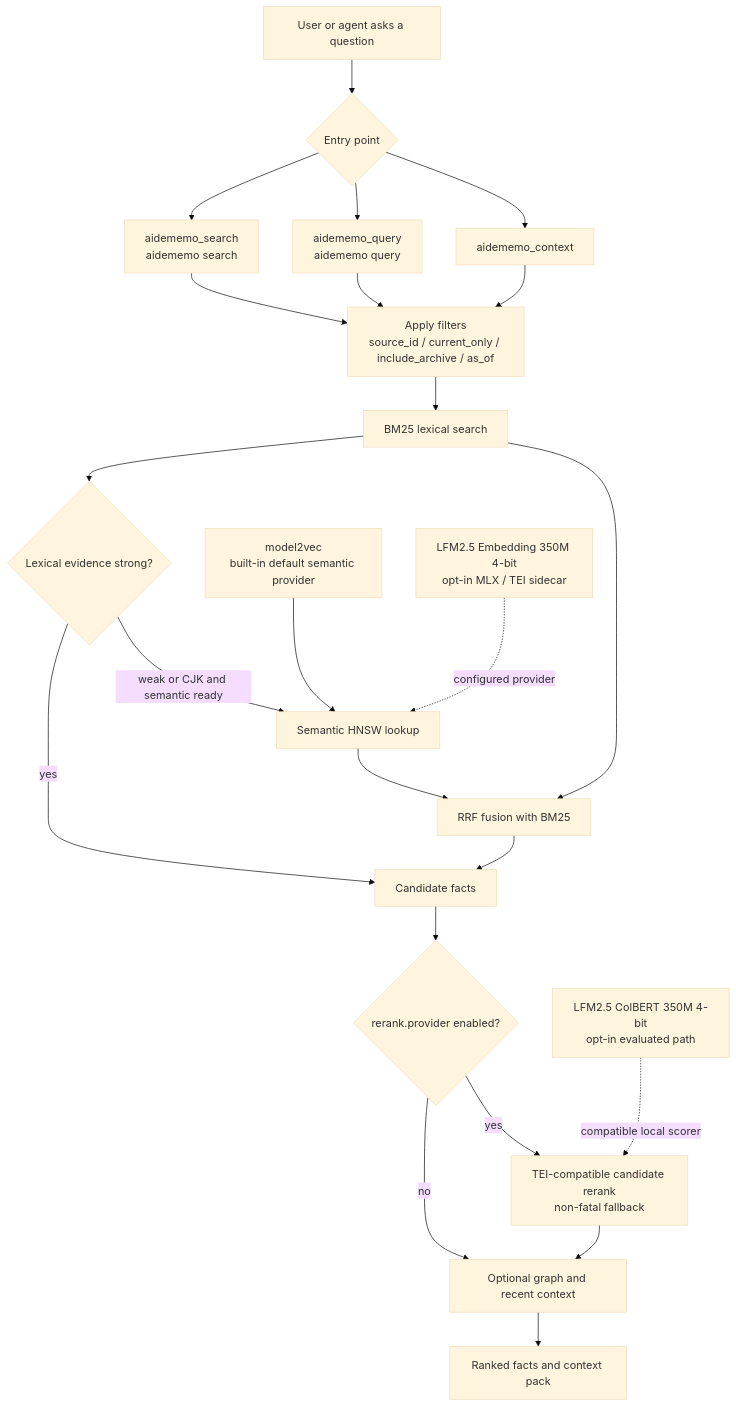
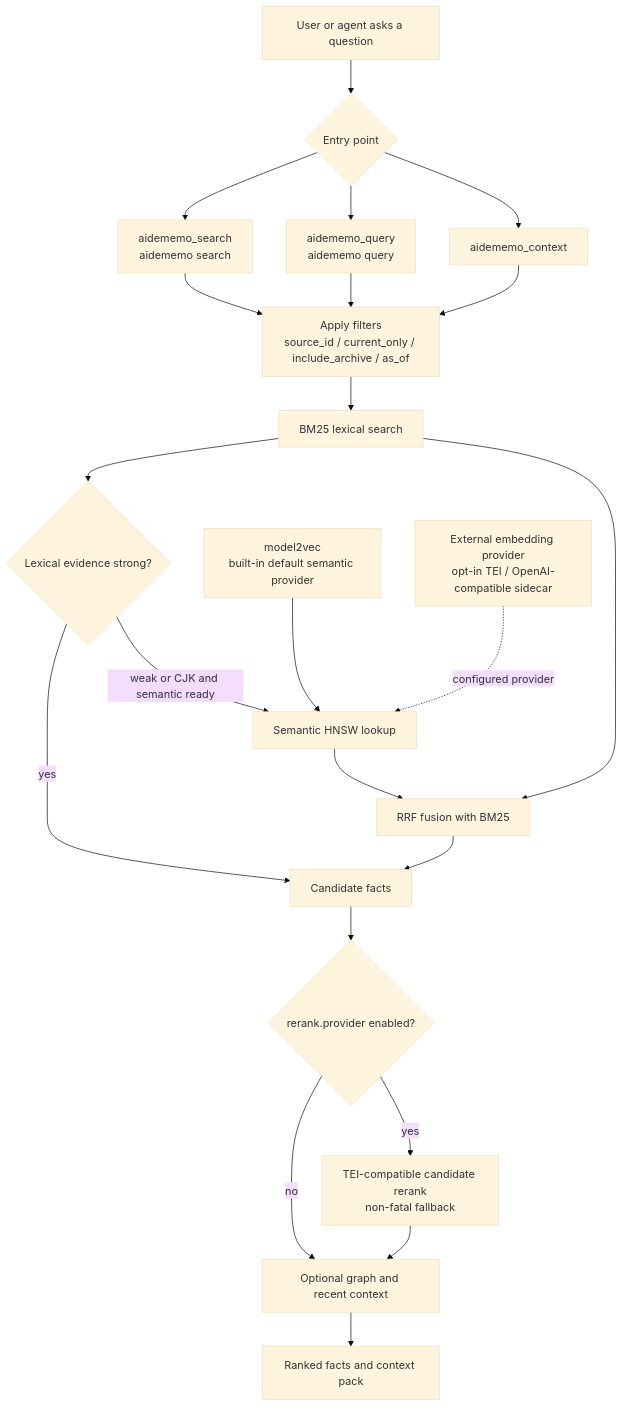
One commit to taeyun16/aidememo changed the second of 4 diagrams in docs/ARCHITECTURE.md. Above: the diagram before and after it, drawn with Mermaid (base theme). The commit also changed other lines of this file and 38 other files, not shown here.

````diff
--- a/docs/ARCHITECTURE.md
+++ b/docs/ARCHITECTURE.md
@@ -107,44 +105,42 @@
 ```mermaid
 flowchart TD
   request["User or agent asks a question"]
   entry{"Entry point"}
   search["aidememo_search<br/>aidememo search"]
   query["aidememo_query<br/>aidememo query"]
   context["aidememo_context"]
   filters["Apply filters<br/>source_id / current_only / include_archive / as_of"]
   bm25["BM25 lexical search"]
   auto_gate{"Lexical evidence strong?"}
   model2vec["model2vec<br/>built-in default semantic provider"]
-  lfm_embed["LFM2.5 Embedding 350M 4-bit<br/>opt-in MLX / TEI sidecar"]
+  external_embed["External embedding provider<br/>opt-in TEI / OpenAI-compatible sidecar"]
   hnsw["Semantic HNSW lookup"]
   fuse["RRF fusion with BM25"]
   candidates["Candidate facts"]
   rerank_gate{"rerank.provider enabled?"}
   rerank["TEI-compatible candidate rerank<br/>non-fatal fallback"]
-  lfm_rerank["LFM2.5 ColBERT 350M 4-bit<br/>opt-in evaluated path"]
   graphCtx["Optional graph and recent context"]
   result["Ranked facts and context pack"]
 
   request --> entry
   entry --> search
   entry --> query
   entry --> context
   search --> filters
   query --> filters
   context --> filters
   filters --> bm25
   bm25 --> auto_gate
   auto_gate -->|yes| candidates
   auto_gate -->|weak or CJK and semantic ready| hnsw
   model2vec --> hnsw
-  lfm_embed -. "configured provider" .-> hnsw
+  external_embed -. "configured provider" .-> hnsw
   bm25 --> fuse
   hnsw --> fuse
   fuse --> candidates
   candidates --> rerank_gate
   rerank_gate -->|no| graphCtx
   rerank_gate -->|yes| rerank
-  lfm_rerank -. "compatible local scorer" .-> rerank
   rerank --> graphCtx
   graphCtx --> result
 ```
````
